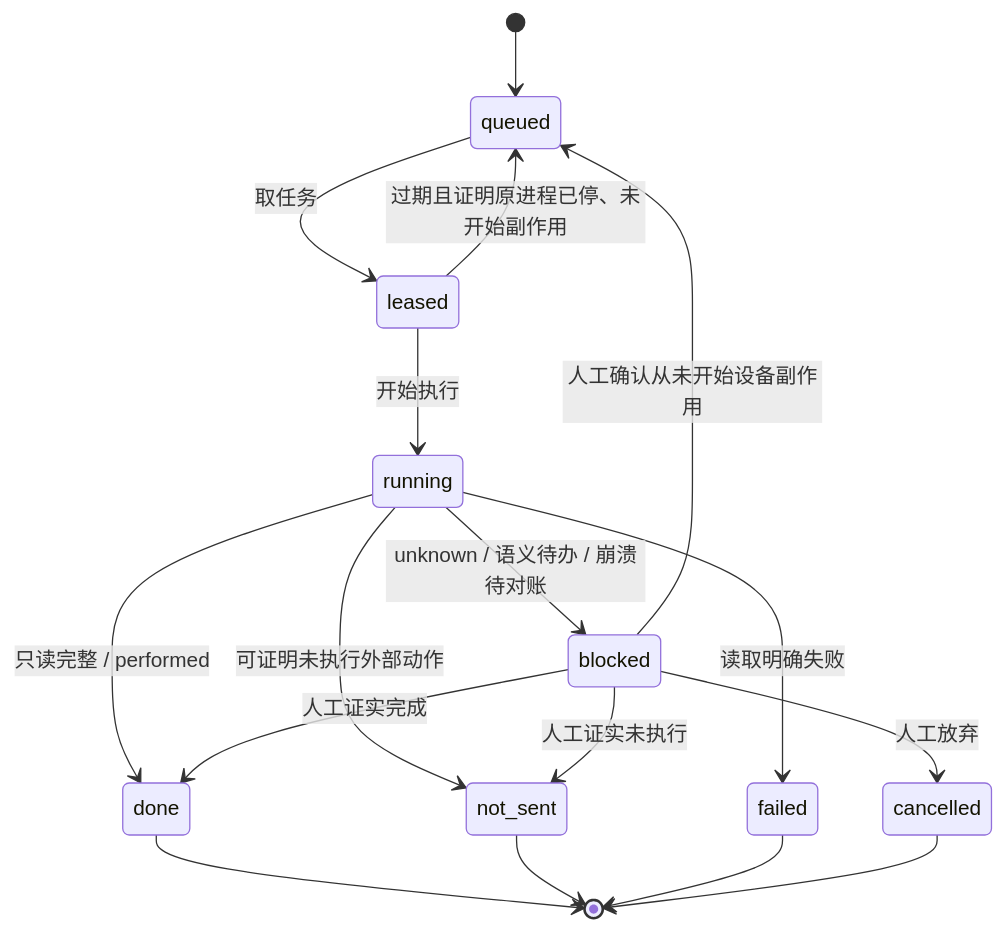
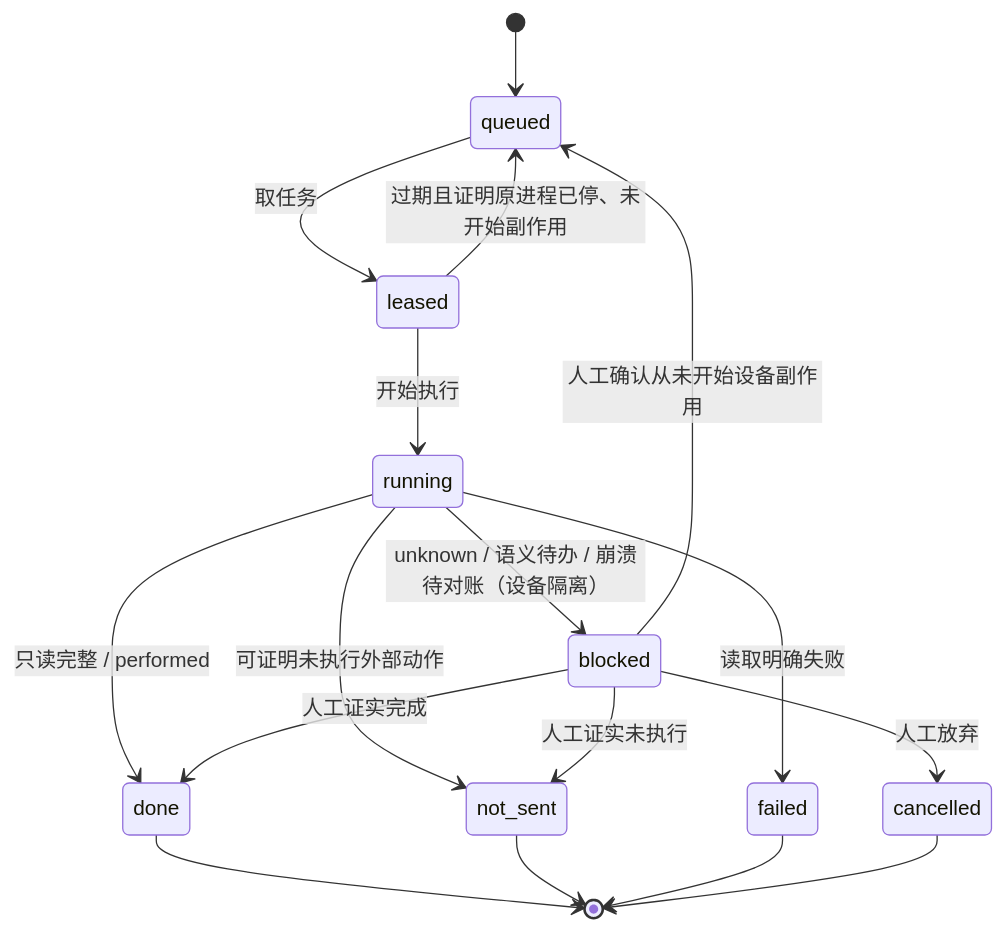
Before and after one commit to bin448482/job-application-openagent: the third of 6 diagrams in docs/BOSS直聘_求职自动化_实施计划_20261123.md, drawn with Mermaid. The commit also changed other lines of this file and 4 other files, not shown here.

````diff
--- a/docs/BOSS直聘_求职自动化_实施计划_20261123.md
+++ b/docs/BOSS直聘_求职自动化_实施计划_20261123.md
@@ -95,19 +95,19 @@
 ```mermaid
 stateDiagram-v2
   [*] --> queued
   queued --> leased: 取任务
   leased --> running: 开始执行
   leased --> queued: 过期且证明原进程已停、未开始副作用
   running --> done: 只读完整 / performed
   running --> not_sent: 可证明未执行外部动作
   running --> failed: 读取明确失败
-  running --> blocked: unknown / 语义待办 / 崩溃待对账
+  running --> blocked: unknown / 语义待办 / 崩溃待对账（设备隔离）
   blocked --> queued: 人工确认从未开始设备副作用
   blocked --> done: 人工证实完成
   blocked --> not_sent: 人工证实未执行
   blocked --> cancelled: 人工放弃
   done --> [*]
   not_sent --> [*]
   failed --> [*]
   cancelled --> [*]
 ```
````
